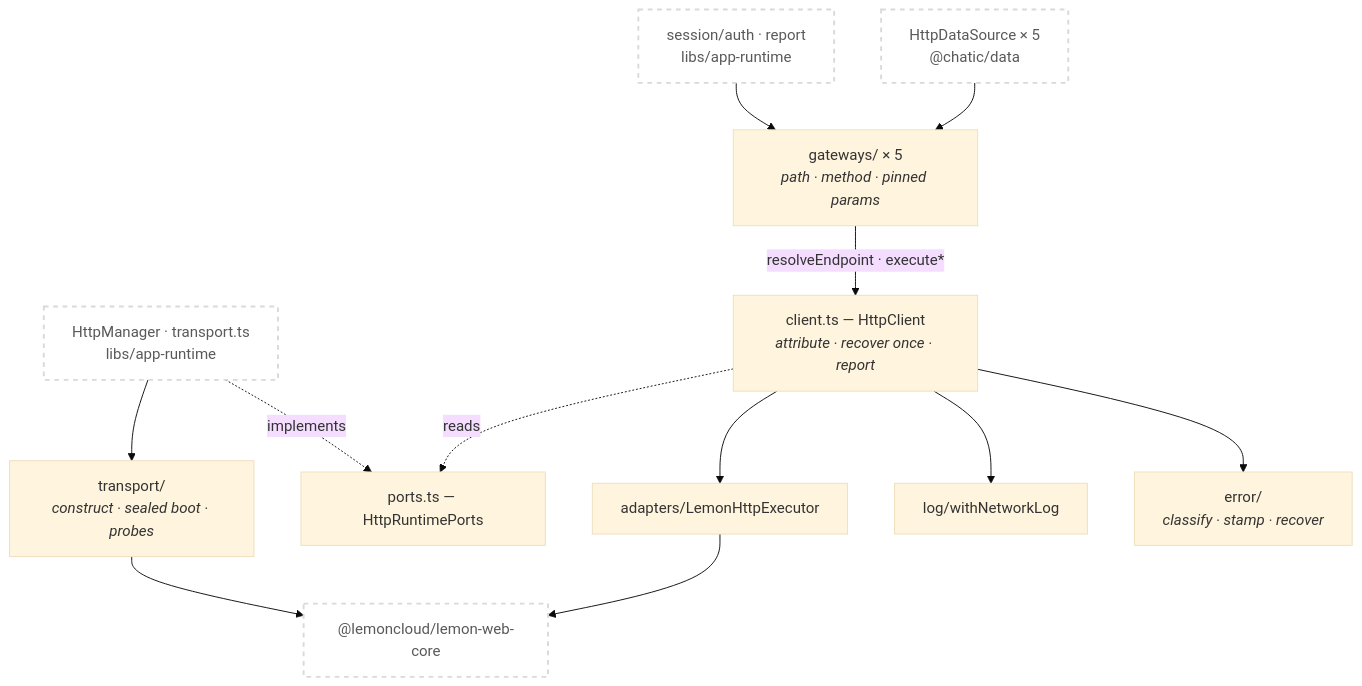
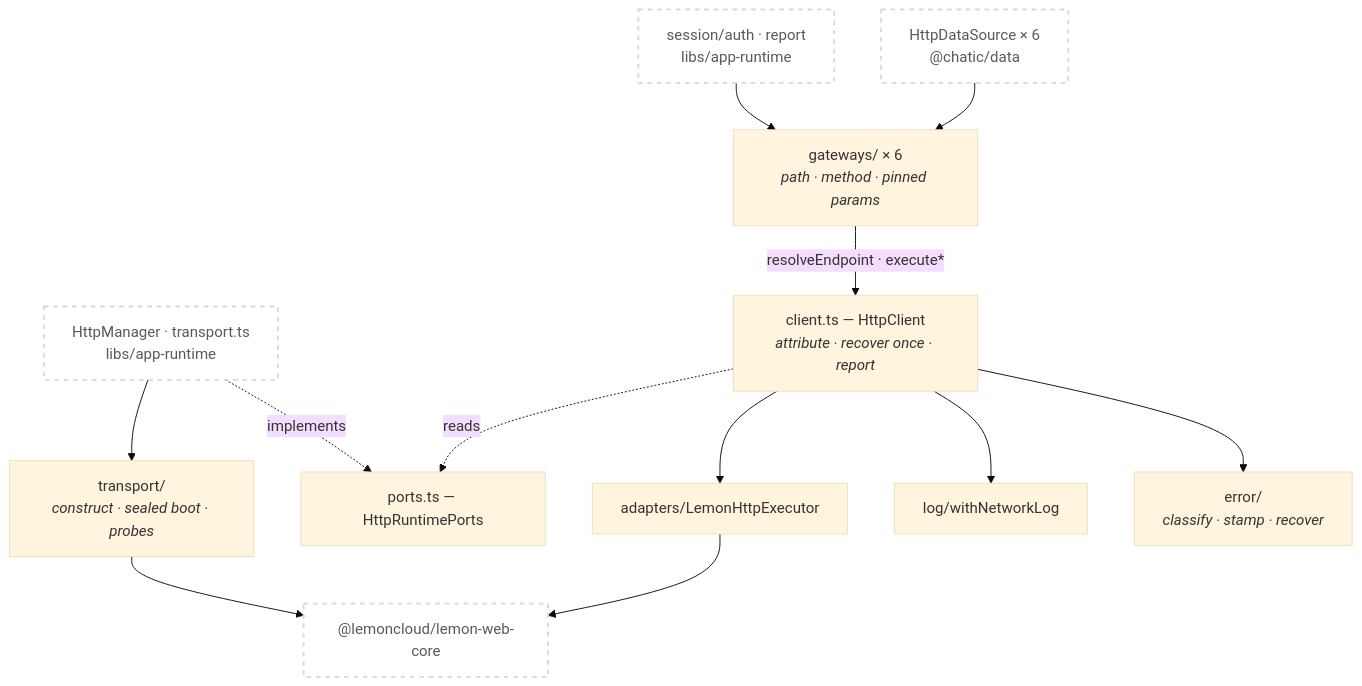
The first of 2 diagrams in libs/http/README.md (lemoncloud-io/dou-app), drawn with Mermaid (base theme) before and after one commit. The commit also changed other lines of this file and 25 other files, not shown here.

First line of the commit message:
feat(http,data,app-runtime,config): add the pairing rest layer behind a dev-only flag

````diff
--- a/libs/http/README.md
+++ b/libs/http/README.md
@@ -74,29 +74,29 @@
 ```mermaid
 flowchart TD
     classDef ext fill:#ffffff,stroke:#d9d9d9,stroke-width:2px,color:#595959,stroke-dasharray: 5 5;
 
-    DS["HttpDataSource × 5<br/>@chatic/data"]:::ext
+    DS["HttpDataSource × 6<br/>@chatic/data"]:::ext
     SA["session/auth · report<br/>libs/app-runtime"]:::ext
     HM["HttpManager · transport.ts<br/>libs/app-runtime"]:::ext
     LWC["@lemoncloud/lemon-web-core"]:::ext
 
-    GW["gateways/ × 5<br/><i>path · method · pinned params</i>"]
+    GW["gateways/ × 6<br/><i>path · method · pinned params</i>"]
     CL["client.ts — HttpClient<br/><i>attribute · recover once · report</i>"]
     ERR["error/<br/><i>classify · stamp · recover</i>"]
     LOG["log/withNetworkLog"]
     AD["adapters/LemonHttpExecutor"]
     TR["transport/<br/><i>construct · sealed boot · probes</i>"]
     PORTS["ports.ts — HttpRuntimePorts"]
 
     DS --> GW
     SA --> GW
     GW -->|"resolveEndpoint · execute*"| CL
     CL --> ERR
     CL --> LOG
     CL --> AD
     CL -.->|"reads"| PORTS
     HM -.->|"implements"| PORTS
     HM --> TR
     AD --> LWC
     TR --> LWC
 ```
````
